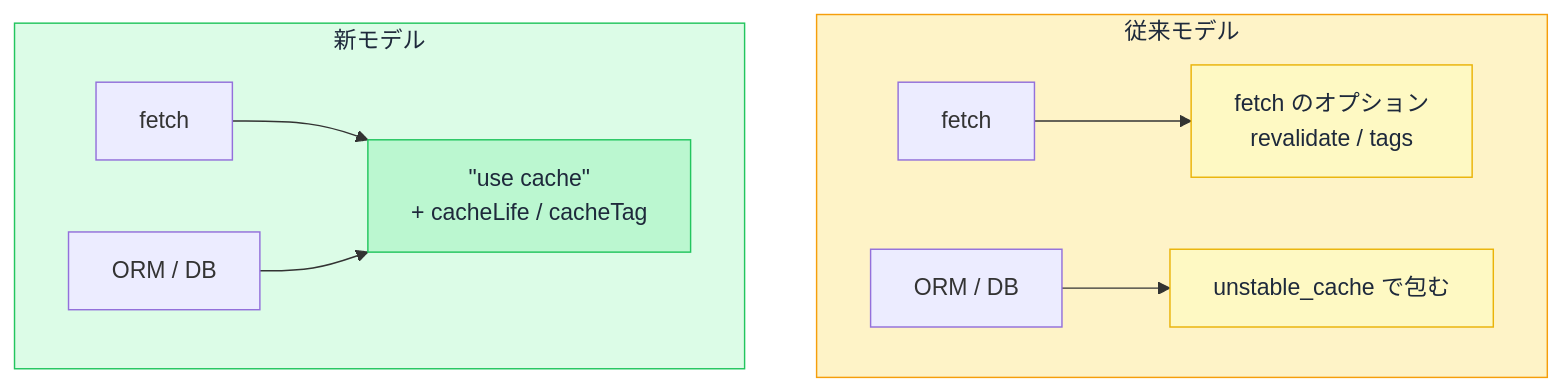
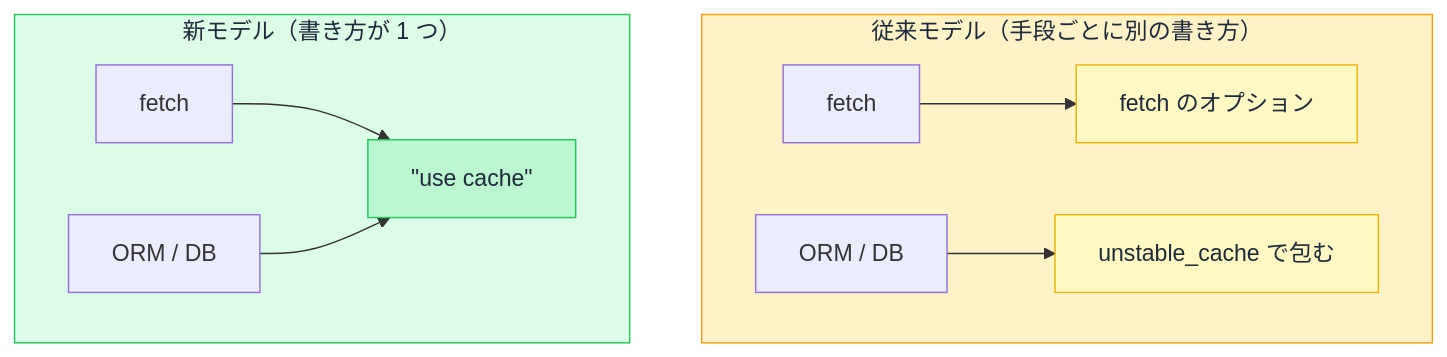
The diagram in docs/drafts/108/index.md (ozaki25/web-front-training-ozaki25), drawn with Mermaid before and after one commit. The commit also changed other lines of this file, not shown here.

````diff
--- a/docs/drafts/108/index.md
+++ b/docs/drafts/108/index.md
@@ -317,16 +82,16 @@
 ```mermaid
 flowchart TD
-  subgraph OLD["従来モデル"]
-    F1["fetch"] --> FO["fetch のオプション<br>revalidate / tags"]
+  subgraph OLD["従来モデル（手段ごとに別の書き方）"]
+    F1["fetch"] --> FO["fetch のオプション"]
     D1["ORM / DB"] --> UC["unstable_cache で包む"]
   end
-  subgraph NEW["新モデル"]
-    F2["fetch"] --> USE["&quot;use cache&quot;<br>+ cacheLife / cacheTag"]
+  subgraph NEW["新モデル（書き方が 1 つ）"]
+    F2["fetch"] --> USE["&quot;use cache&quot;"]
     D2["ORM / DB"] --> USE
   end
   style OLD fill:#fef3c7,color:#1e293b,stroke:#f59e0b
   style NEW fill:#dcfce7,color:#1e293b,stroke:#22c55e
   style FO fill:#fef9c3,color:#1e293b,stroke:#eab308
   style UC fill:#fef9c3,color:#1e293b,stroke:#eab308
   style USE fill:#bbf7d0,color:#1e293b,stroke:#22c55e
 ```
````
